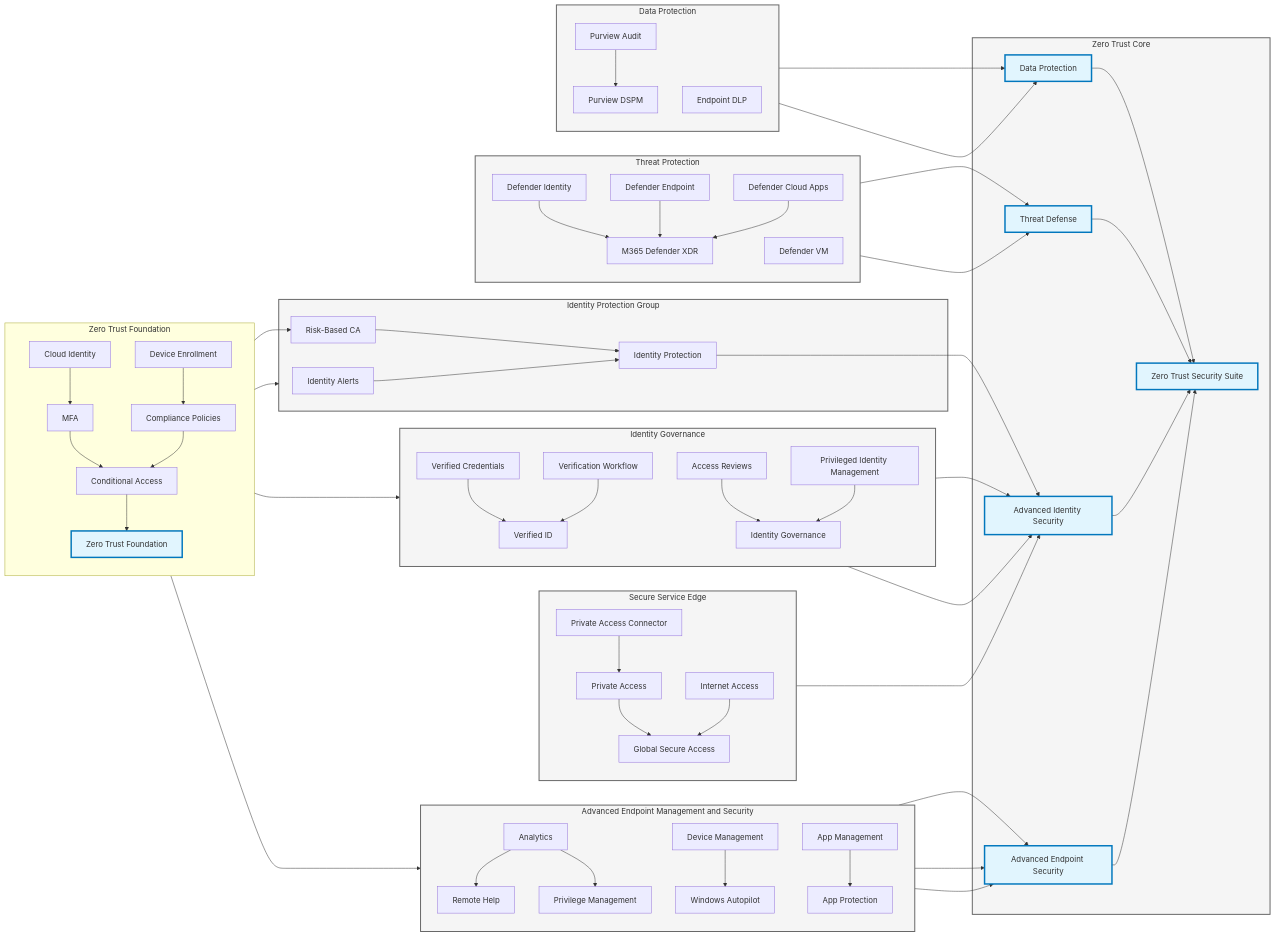
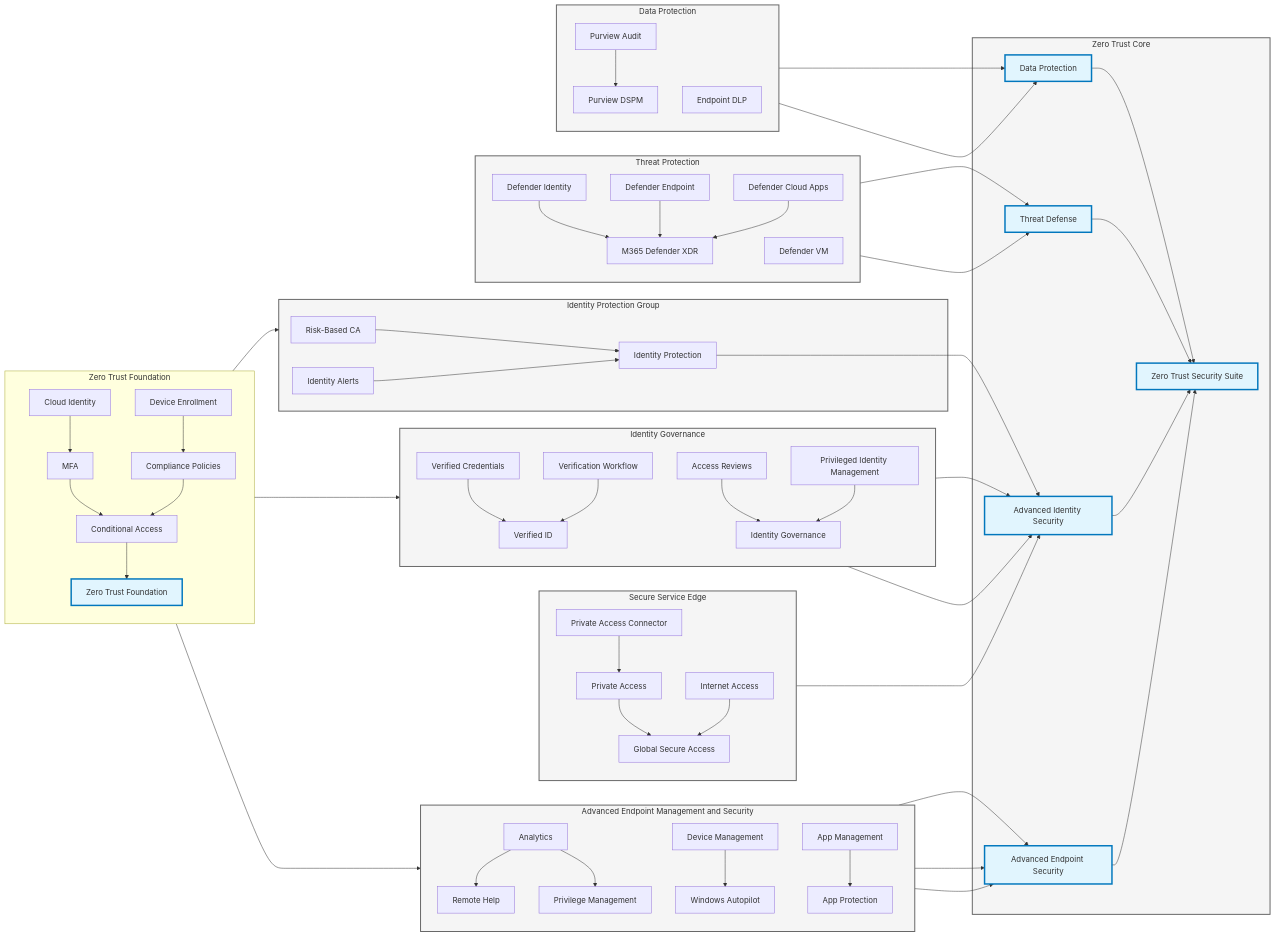
Before and after one commit to jessesuna/SecDepGuidance: the diagram in DetailedDiagram.md, drawn with Mermaid. The commit also changed 1 other file, not shown here.

Commit message:
Update Diagram

```diff
--- a/DetailedDiagram.md
+++ b/DetailedDiagram.md
@@ -74,7 +74,6 @@
                     RCA["Risk-Based CA"] --> IDProtection["Identity Protection"]
                     IDProtAlerts["Identity Alerts"] --> IDProtection                                   
                 end
-                CA --> RCA
                 IDProtection --> SecureID
 
                 %% Group Identity Governance components
```
